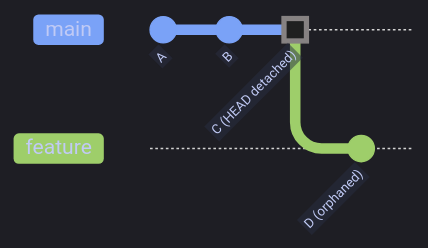
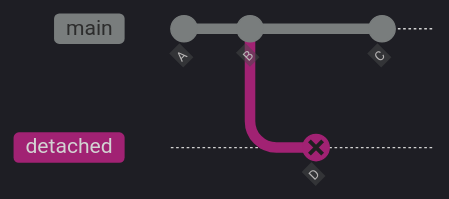
One commit to alp78/elysium changed the fourth of 5 diagrams in content/08-Git/git-common-errors.md. Above: the diagram before and after it, drawn with Mermaid. The commit also changed other lines of this file and 55 other files, not shown here.

````diff
--- a/content/08-Git/git-common-errors.md
+++ b/content/08-Git/git-common-errors.md
@@ -227,27 +235,10 @@
 ```mermaid
-%%{init: {'theme': 'dark', 'themeVariables': {
-  'git0': '#7aa2f7',
-  'git1': '#9ece6a',
-  'git2': '#e0af68',
-  'git3': '#f7768e',
-  'git4': '#bb9af7',
-  'git5': '#7dcfff',
-  'git6': '#73daca',
-  'git7': '#ff9e64',
-  'gitBranchLabel0': '#c0caf5',
-  'gitBranchLabel1': '#c0caf5',
-  'gitBranchLabel2': '#c0caf5',
-  'gitBranchLabel3': '#c0caf5',
-  'commitLabelColor': '#c0caf5',
-  'commitLabelBackground': '#292e42',
-  'tagLabelColor': '#c0caf5',
-  'tagLabelBackground': '#292e42',
-  'tagLabelBorder': '#565f89'
-}}}%%
+%%{init: {'theme': 'dark', 'gitGraph': {'mainBranchName': 'main'}} }%%
 gitGraph
   commit id: "A"
   commit id: "B"
-  commit id: "C (HEAD detached)" type: HIGHLIGHT
-  branch feature
-  commit id: "D (orphaned)"
+  branch detached
+  commit id: "D" type: REVERSE
+  checkout main
+  commit id: "C"
 ```
````
